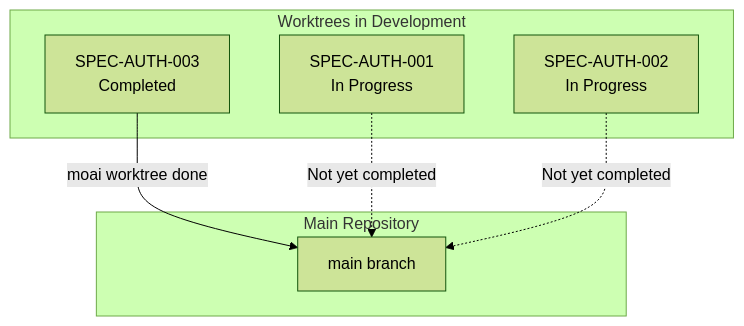
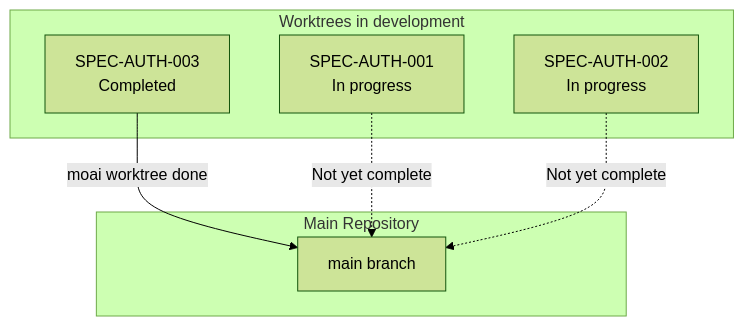
Before and after one commit to modu-ai/moai-adk: the fifth of 6 diagrams in docs-site/content/en/worktree/_index.md, drawn with Mermaid (forest theme). The commit also changed other lines of this file and 395 other files, not shown here.

````diff
--- a/docs-site/content/en/worktree/_index.md
+++ b/docs-site/content/en/worktree/_index.md
@@ -223,16 +237,16 @@
 ```mermaid
 flowchart TB
-    subgraph Development["Worktrees in Development"]
-        D1[SPEC-AUTH-001<br/>In Progress]
-        D2[SPEC-AUTH-002<br/>In Progress]
+    subgraph Development["Worktrees in development"]
+        D1[SPEC-AUTH-001<br/>In progress]
+        D2[SPEC-AUTH-002<br/>In progress]
         D3[SPEC-AUTH-003<br/>Completed]
     end
 
     subgraph Main["Main Repository"]
         M[main branch]
     end
 
     D3 -->|moai worktree done| M
-    D1 -.->|Not yet completed| M
-    D2 -.->|Not yet completed| M
+    D1 -.->|Not yet complete| M
+    D2 -.->|Not yet complete| M
 ```
````
